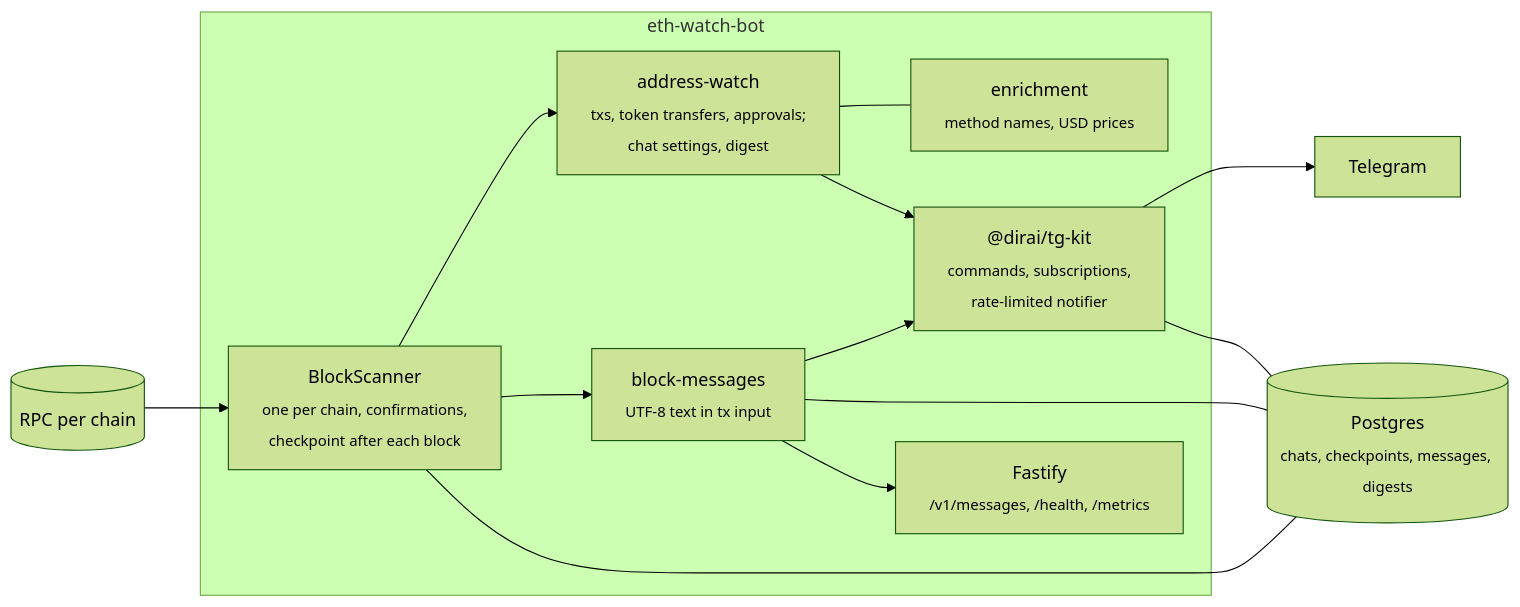
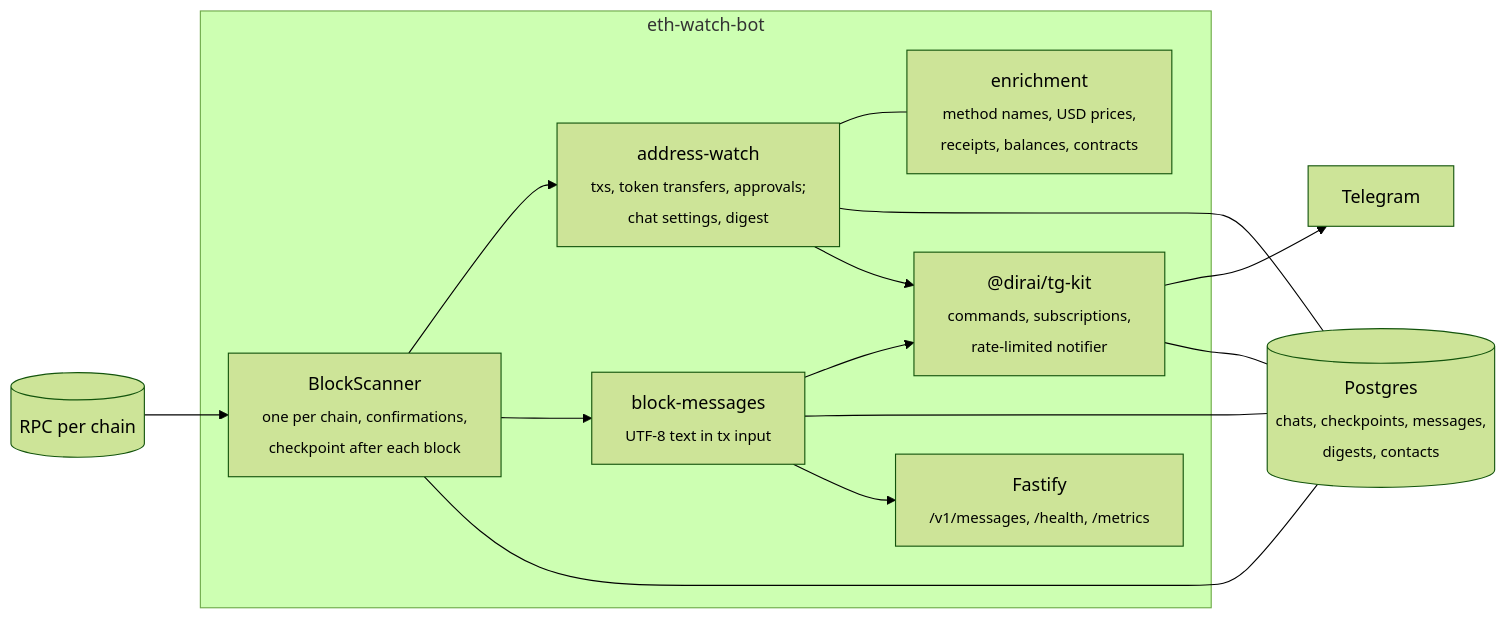
One commit to DiRaiks/eth-watch-bot changed the diagram in README.md. Above: the diagram before and after it, drawn with Mermaid (forest theme). The commit also changed other lines of this file and 3 other files, not shown here.

````diff
--- a/README.md
+++ b/README.md
@@ -62,22 +66,23 @@
 ```mermaid
 flowchart LR
   rpc[("RPC per chain")]
   subgraph bot["eth-watch-bot"]
     scanner["BlockScanner<br/><sub>one per chain, confirmations,<br/>checkpoint after each block</sub>"]
     watch["address-watch<br/><sub>txs, token transfers, approvals;<br/>chat settings, digest</sub>"]
-    enrich["enrichment<br/><sub>method names, USD prices</sub>"]
+    enrich["enrichment<br/><sub>method names, USD prices,<br/>receipts, balances, contracts</sub>"]
     messages["block-messages<br/><sub>UTF-8 text in tx input</sub>"]
     kit["@dirai/tg-kit<br/><sub>commands, subscriptions,<br/>rate-limited notifier</sub>"]
     api["Fastify<br/><sub>/v1/messages, /health, /metrics</sub>"]
   end
-  db[("Postgres<br/><sub>chats, checkpoints, messages, digests</sub>")]
+  db[("Postgres<br/><sub>chats, checkpoints, messages,<br/>digests, contacts</sub>")]
   tg["Telegram"]
 
   rpc --> scanner --> watch & messages
   watch --- enrich
+  watch --- db
   watch & messages --> kit --> tg
   scanner --- db
   kit --- db
   messages --- db
   messages --> api
 ```
````
